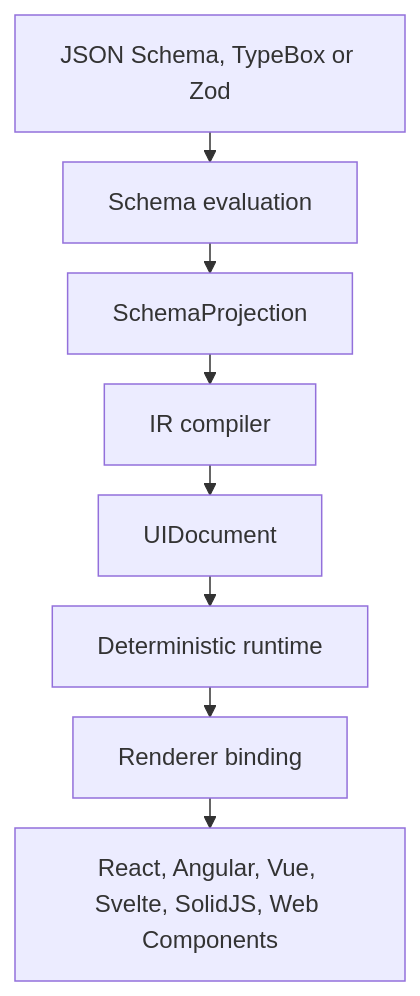
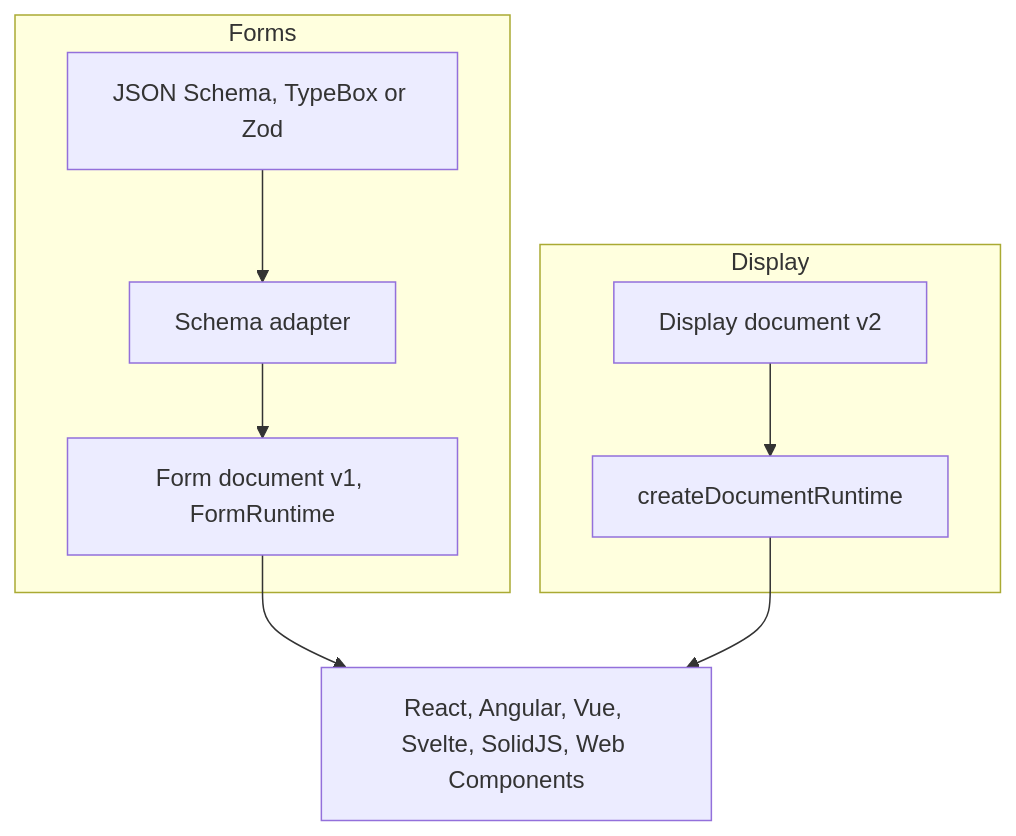
The diagram in README.md (texaryn/texaryn), drawn with Mermaid before and after one commit. The commit also changed other lines of this file and 1 other file, not shown here.

````diff
--- a/README.md
+++ b/README.md
@@ -48,13 +111,14 @@
 ```mermaid
-%%{init: {"flowchart": {"rankSpacing": 20}}}%%
 flowchart TD
-  accTitle: The Texaryn pipeline
-  accDescr: A schema is evaluated, projected, compiled to a UIDocument, run by the deterministic runtime, and rendered through a framework binding.
-  Schema["JSON Schema, TypeBox or Zod"] --> Eval[Schema evaluation]
-  Eval --> Projection[SchemaProjection]
-  Projection --> Compiler[IR compiler]
-  Compiler --> Doc[UIDocument]
-  Doc --> Runtime[Deterministic runtime]
-  Runtime --> Binding[Renderer binding]
-  Binding --> Frameworks["React, Angular, Vue, Svelte, SolidJS, Web Components"]
+  accTitle: Texaryn document paths
+  accDescr: Forms go from a JSON Schema, TypeBox or Zod schema through a schema adapter to a version 1 form document run by FormRuntime. Display documents are version 2 documents run by createDocumentRuntime with no schema adapter. Both are rendered by the framework bindings.
+  subgraph Forms
+    Schema["JSON Schema, TypeBox or Zod"] --> Adapter[Schema adapter]
+    Adapter --> FormDoc["Form document v1, FormRuntime"]
+  end
+  subgraph Display
+    DisplayDoc["Display document v2"] --> DocRuntime[createDocumentRuntime]
+  end
+  FormDoc --> Bindings["React, Angular, Vue, Svelte, SolidJS, Web Components"]
+  DocRuntime --> Bindings
 ```
````
